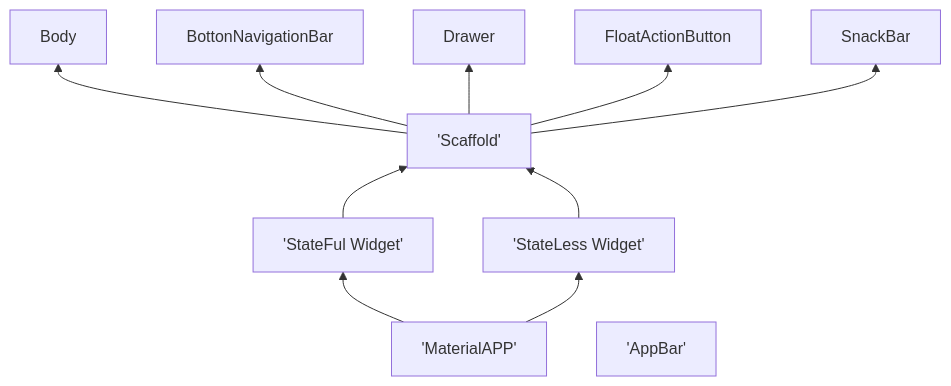
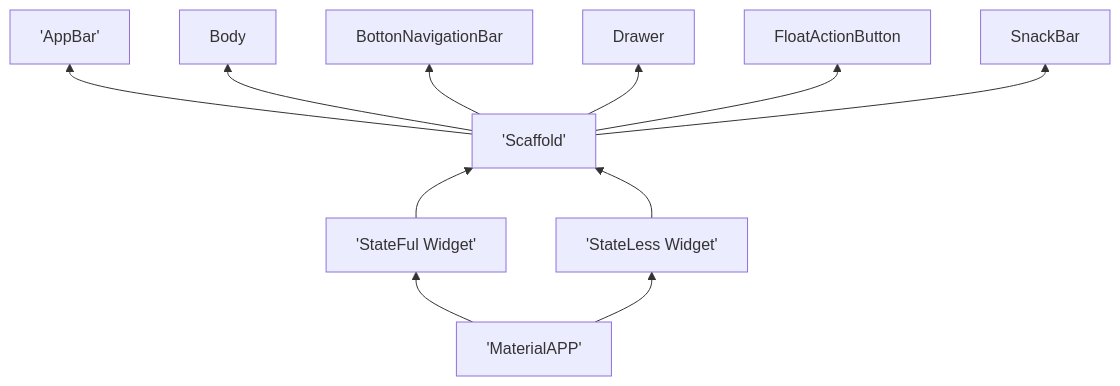
The diagram in README.md (kaiomartinezjorge/Mobile), drawn with Mermaid before and after one commit.

Commit message:
concerto na falha do appbar

````diff
--- a/README.md
+++ b/README.md
@@ -109,20 +109,20 @@
 ```mermaid
 
 graph BT
 
     MA['MaterialAPP']
     STL['StateLess Widget']
     STF['StateFul Widget']
     SC['Scaffold']
     ABar['AppBar']
     BD["Body"]
     BNBar["BottonNavigationBar"]
     DW["Drawer"]
     FAB["FloatActionButton"]
     SB["SnackBar"]
 
     MA --> STL & STF
     STF & STL --> SC
-    SC --> BD & BNBar & DW & FAB & SB
+    SC --> ABar & BD & BNBar & DW & FAB & SB
 
 ```
````
